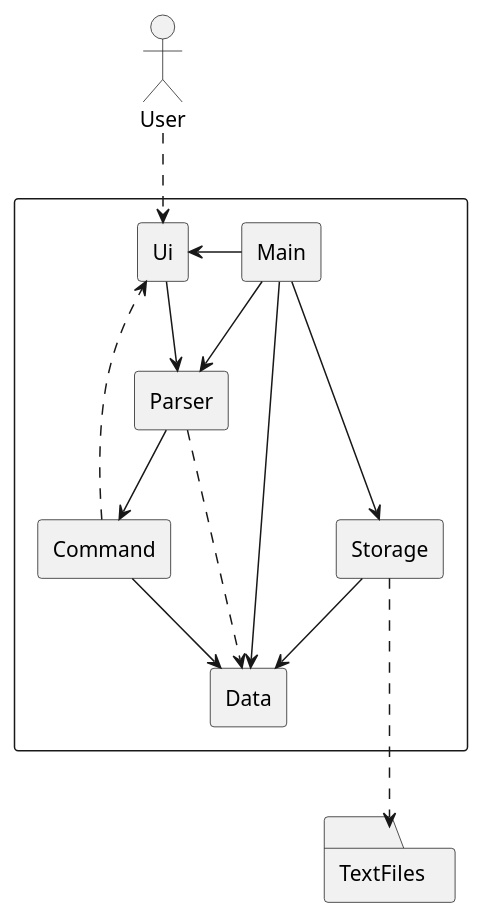
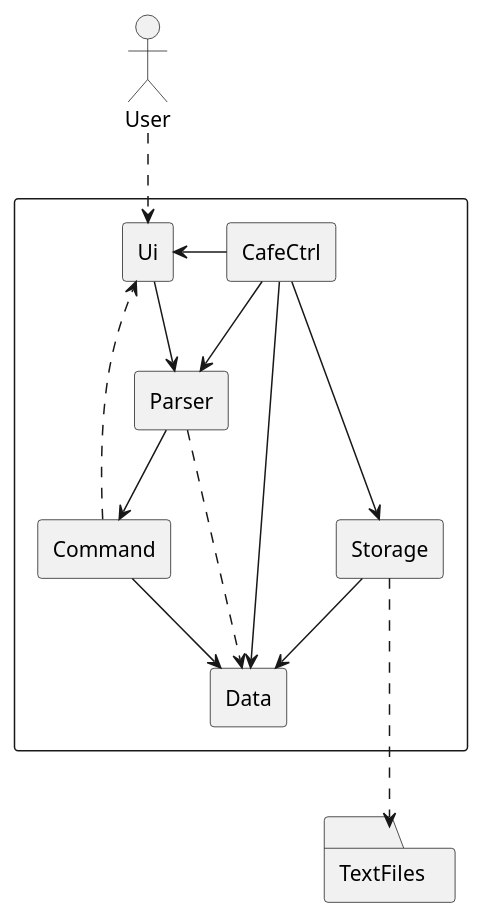
Before and after one commit to nus-cs2113-AY2324S1/tp: the diagram in docs/diagrams/ArchitectureDiagram.puml, drawn with PlantUML. The commit also changed 5 other files, not shown here.

Commit message:
Update DG architecture sequence diagram and AboutUs photo

```diff
--- a/docs/diagrams/ArchitectureDiagram.puml
+++ b/docs/diagrams/ArchitectureDiagram.puml
@@ -1,31 +1,31 @@
 @startuml
 'https://plantuml.com/deployment-diagram
 
 actor User
 
 rectangle {
 rectangle Ui
 rectangle Parser
 rectangle Command
-rectangle Main
+rectangle CafeCtrl
 rectangle Data
 rectangle Storage
 }
 
 folder TextFiles
 
 User ..> Ui
 Ui --> Parser
 Parser --> Command
 Parser ..> Data
 Command --> Data
 Command ..> Ui
 Storage --> Data
 Storage ...> TextFiles
-Ui <- Main
-Main --> Parser
-Main --> Data
-Main --> Storage
+Ui <- CafeCtrl
+CafeCtrl --> Parser
+CafeCtrl --> Data
+CafeCtrl --> Storage
 
 
 @enduml
```
